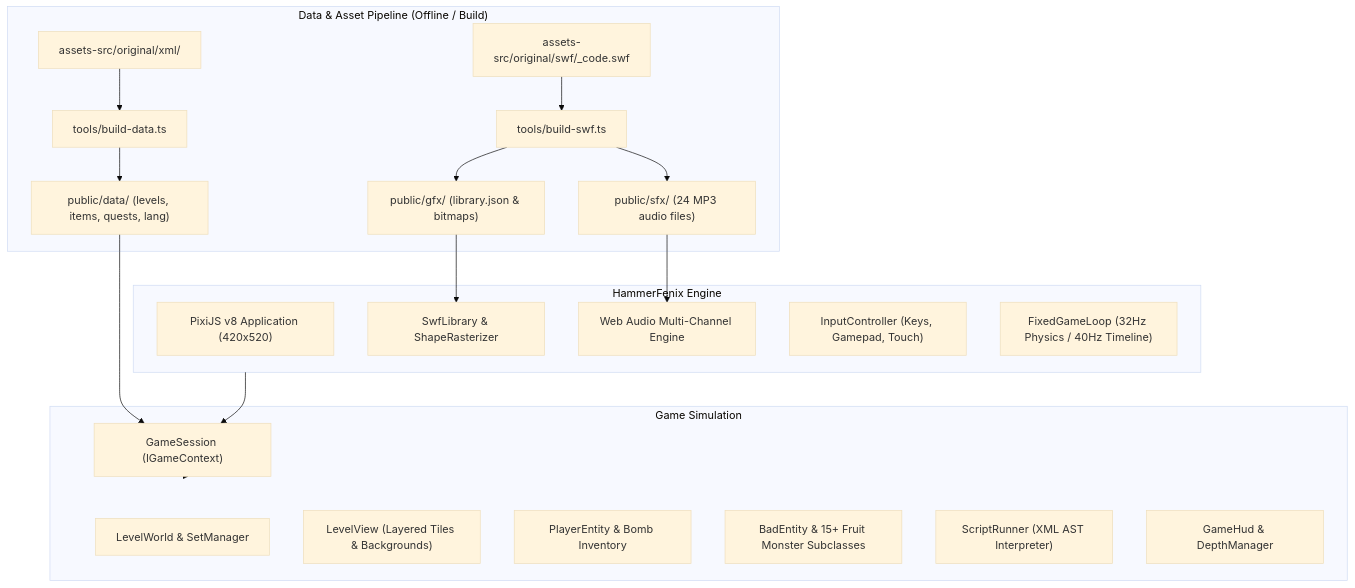
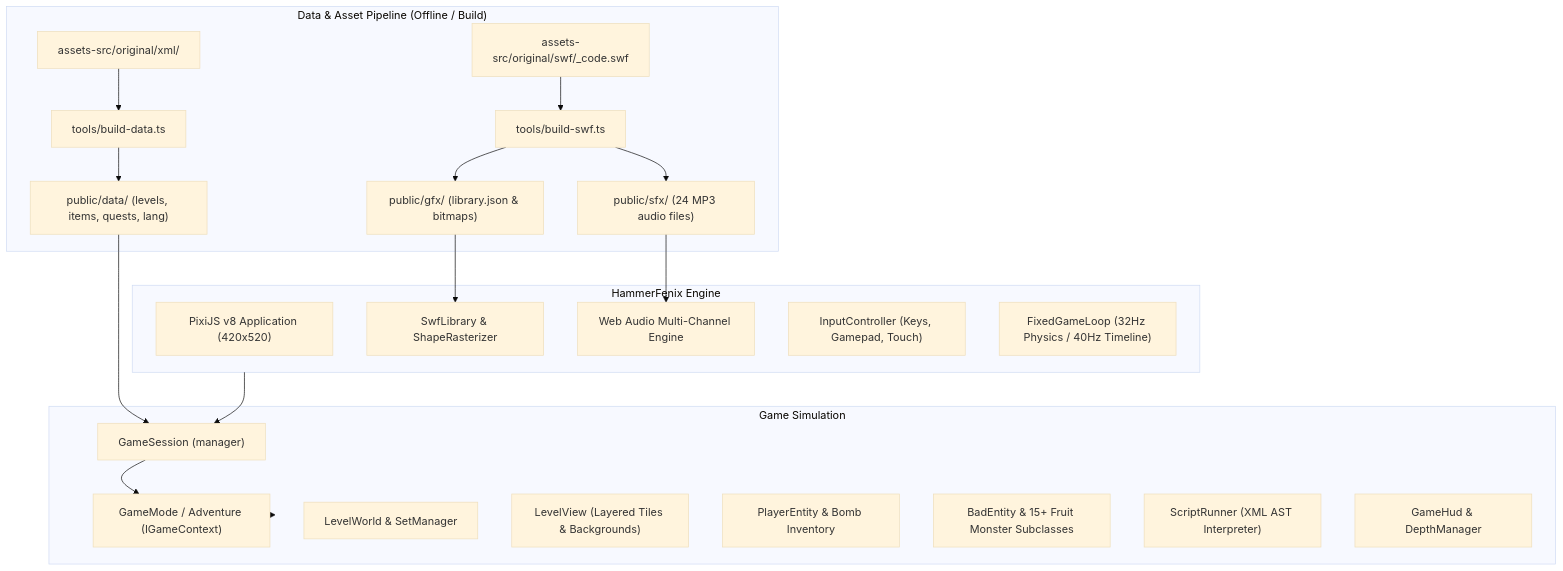
One commit to Greaple/HammerFenix changed the diagram in README.md. Above: the diagram before and after it, drawn with Mermaid (base theme). The commit also changed 47 other files, not shown here.

First line of the commit message:
refactor: split GameSession into GameMode and Adventure (4.0)

````diff
--- a/README.md
+++ b/README.md
@@ -52,34 +52,36 @@
 ```mermaid
 flowchart TD
     subgraph DataPipeline["Data & Asset Pipeline (Offline / Build)"]
         RawSWF["assets-src/original/swf/_code.swf"] --> BuildSWF["tools/build-swf.ts"]
         RawXML["assets-src/original/xml/"] --> BuildData["tools/build-data.ts"]
         BuildSWF --> GFX["public/gfx/ (library.json & bitmaps)"]
         BuildSWF --> SFX["public/sfx/ (24 MP3 audio files)"]
         BuildData --> JSONData["public/data/ (levels, items, quests, lang)"]
     end
 
     subgraph Engine["HammerFenix Engine"]
         PixiApp["PixiJS v8 Application (420x520)"]
         SwfLib["SwfLibrary & ShapeRasterizer"]
         AudioEng["Web Audio Multi-Channel Engine"]
         InputCtrl["InputController (Keys, Gamepad, Touch)"]
         Loop["FixedGameLoop (32Hz Physics / 40Hz Timeline)"]
     end
 
     subgraph GameCore["Game Simulation"]
-        Session["GameSession (IGameContext)"]
+        Session["GameSession (manager)"]
+        Mode["GameMode / Adventure (IGameContext)"]
         World["LevelWorld & SetManager"]
         View["LevelView (Layered Tiles & Backgrounds)"]
         Player["PlayerEntity & Bomb Inventory"]
         Bads["BadEntity & 15+ Fruit Monster Subclasses"]
         Script["ScriptRunner (XML AST Interpreter)"]
         HUD["GameHud & DepthManager"]
     end
 
     GFX --> SwfLib
     SFX --> AudioEng
     JSONData --> Session
     Engine --> Session
-    Session --> GameCore
+    Session --> Mode
+    Mode --> GameCore
 ```
````
